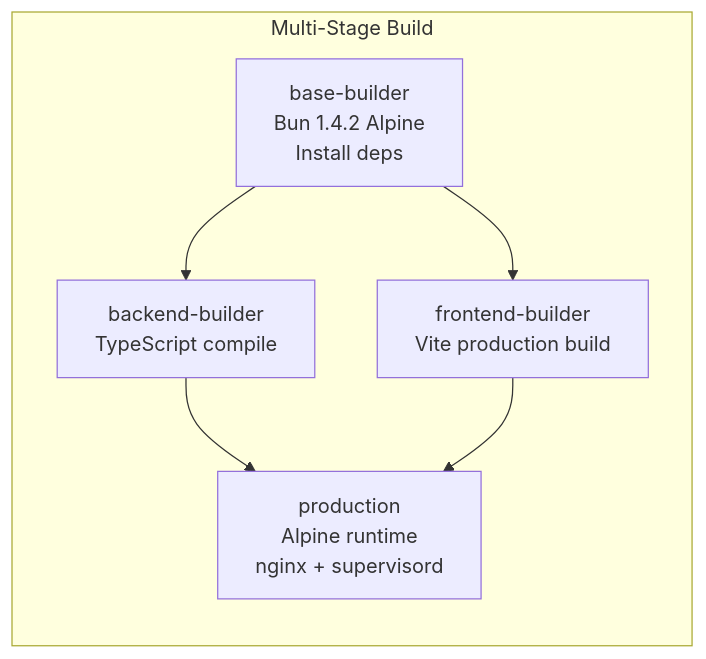
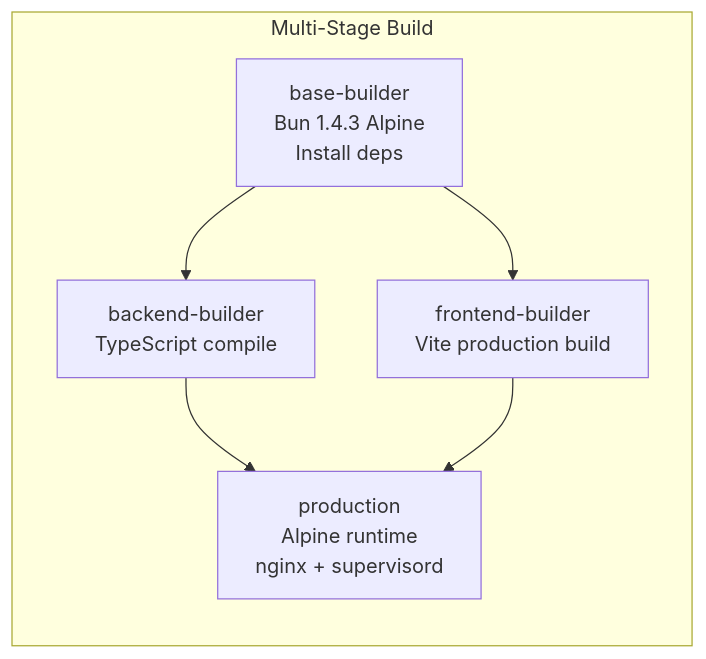
The first of 3 diagrams in docs/template/architecture/deployment-architecture.md (NomadicDaddy/spernakit), drawn with Mermaid before and after one commit. The commit also changed 248 other files, not shown here.

````diff
--- a/docs/template/architecture/deployment-architecture.md
+++ b/docs/template/architecture/deployment-architecture.md
@@ -7,14 +7,14 @@
 ```mermaid
 graph LR
     subgraph "Multi-Stage Build"
-        base["base-builder<br/>Bun 1.4.2 Alpine<br/>Install deps"]
+        base["base-builder<br/>Bun 1.4.3 Alpine<br/>Install deps"]
         backend["backend-builder<br/>TypeScript compile"]
         frontend["frontend-builder<br/>Vite production build"]
         prod["production<br/>Alpine runtime<br/>nginx + supervisord"]
     end
 
     base --> backend
     base --> frontend
     backend --> prod
     frontend --> prod
 ```
````
